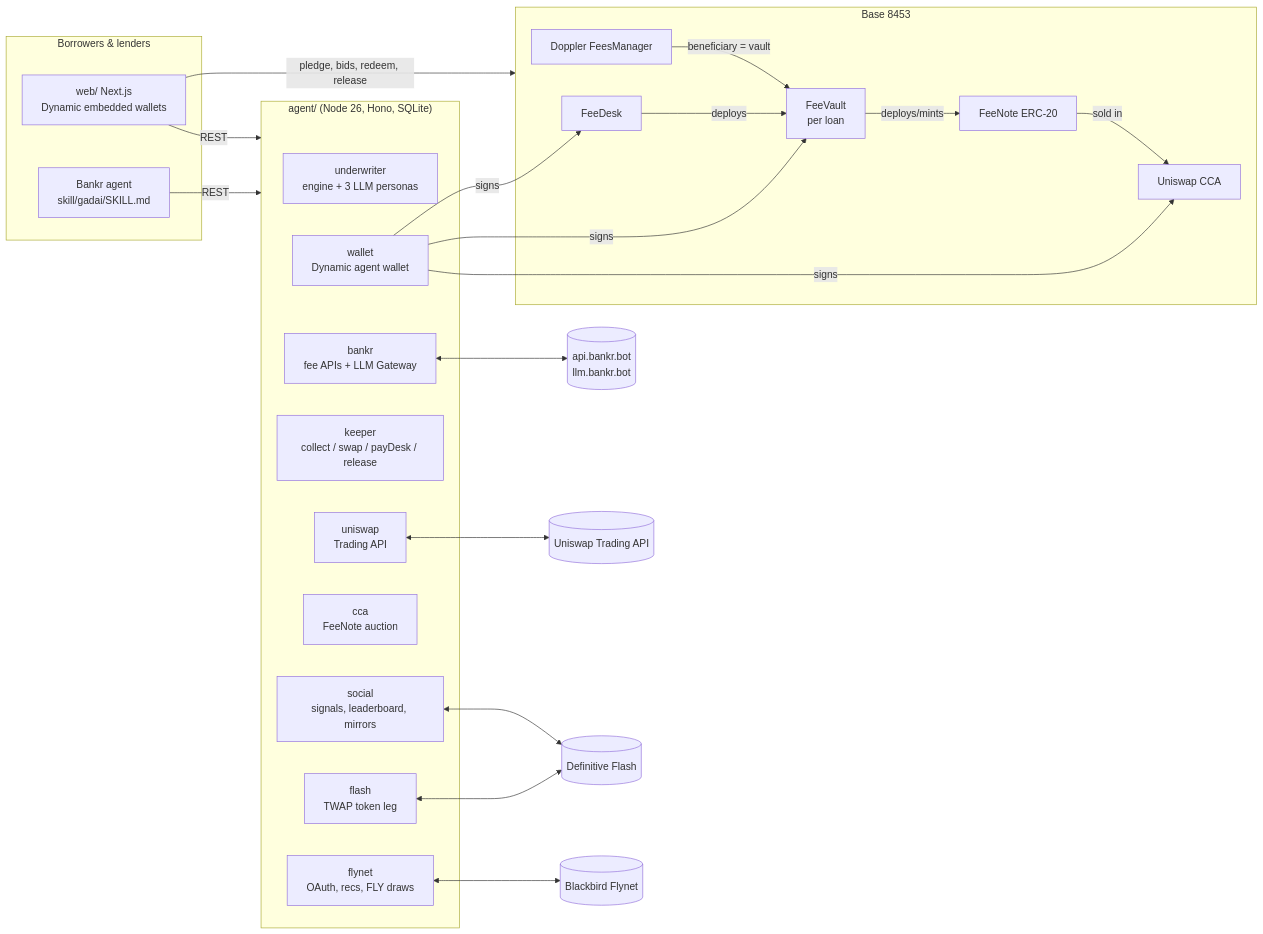
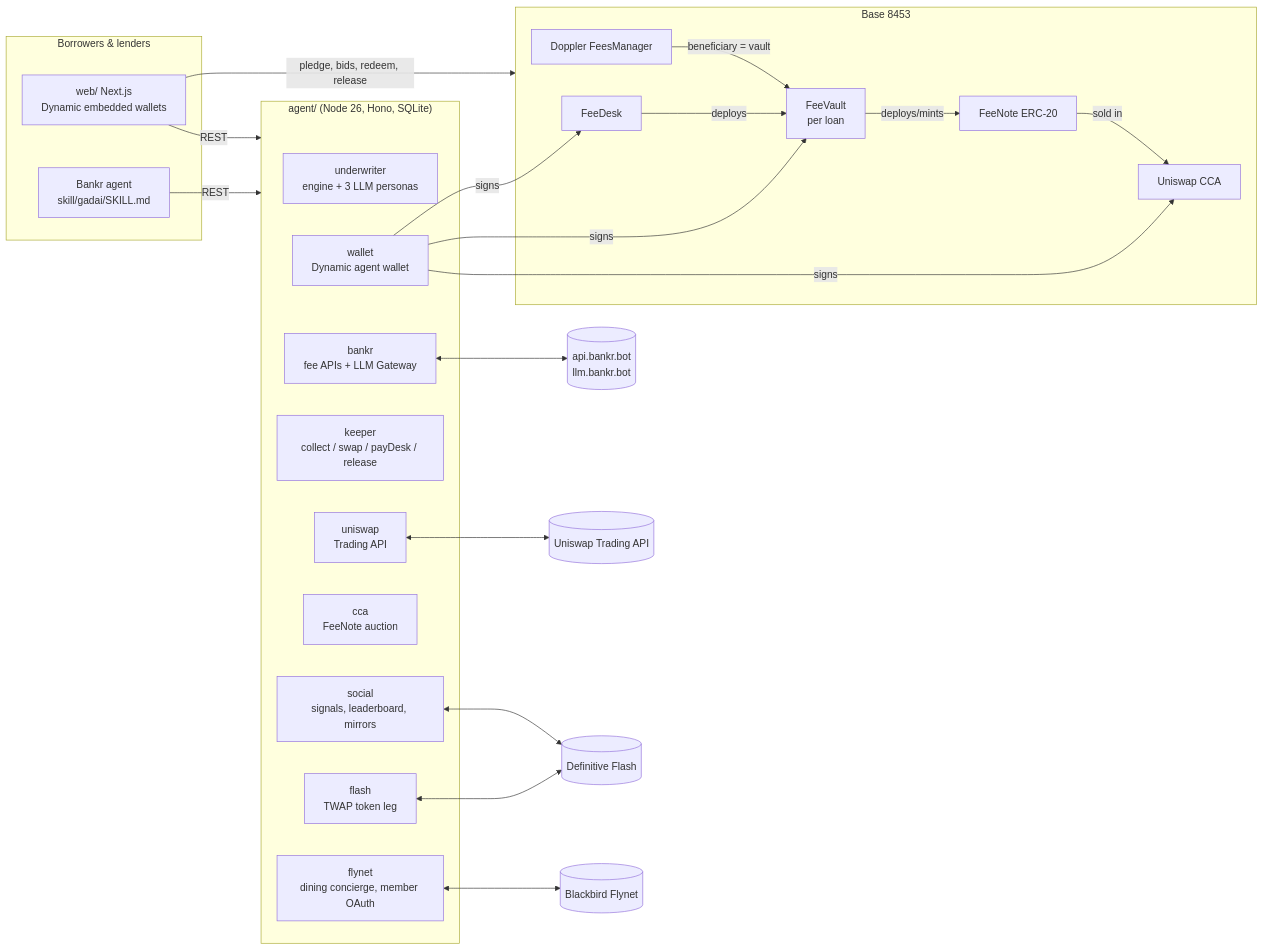
The first of 2 diagrams in README.md (PugarHuda/gadai), drawn with Mermaid before and after one commit. The commit also changed other lines of this file and 57 other files, not shown here.

First line of the commit message:
Wave 2: Dynamic agent buys x402 risk verdict, onchain-equities credit lines (Robinhood Chain), Flash social cards + X share + live bracket quotes, Flynet dining concierge on live production data + OAuth passport, contract audit fix (pledge share floor), Grok skills

````diff
--- a/README.md
+++ b/README.md
@@ -25,36 +25,36 @@
 ```mermaid
 flowchart LR
   subgraph Borrowers & lenders
     BA[Bankr agent<br/>skill/gadai/SKILL.md]
     WEB[web/ Next.js<br/>Dynamic embedded wallets]
   end
   subgraph Agent["agent/ (Node 26, Hono, SQLite)"]
     UW[underwriter<br/>engine + 3 LLM personas]
     BK[bankr<br/>fee APIs + LLM Gateway]
     WL[wallet<br/>Dynamic agent wallet]
     KP[keeper<br/>collect / swap / payDesk / release]
     UNI[uniswap<br/>Trading API]
     CCA[cca<br/>FeeNote auction]
     FL[flash<br/>TWAP token leg]
     SO[social<br/>signals, leaderboard, mirrors]
-    FN[flynet<br/>OAuth, recs, FLY draws]
+    FN[flynet<br/>dining concierge, member OAuth]
   end
   subgraph Base["Base 8453"]
     FD[FeeDesk]
     FV[FeeVault<br/>per loan]
     NOTE[FeeNote ERC-20]
     AUC[Uniswap CCA]
     FM[Doppler FeesManager]
   end
   BA -- REST --> Agent
   WEB -- REST --> Agent
   WEB -- pledge, bids, redeem, release --> Base
   BK <--> BAPI[(api.bankr.bot<br/>llm.bankr.bot)]
   UNI <--> UAPI[(Uniswap Trading API)]
   FL <--> FAPI[(Definitive Flash)]
   SO <--> FAPI
   FN <--> FLY[(Blackbird Flynet)]
   WL -- signs --> FD & FV & AUC
   FD -- deploys --> FV -- deploys/mints --> NOTE -- sold in --> AUC
   FM -- beneficiary = vault --> FV
 ```
````
